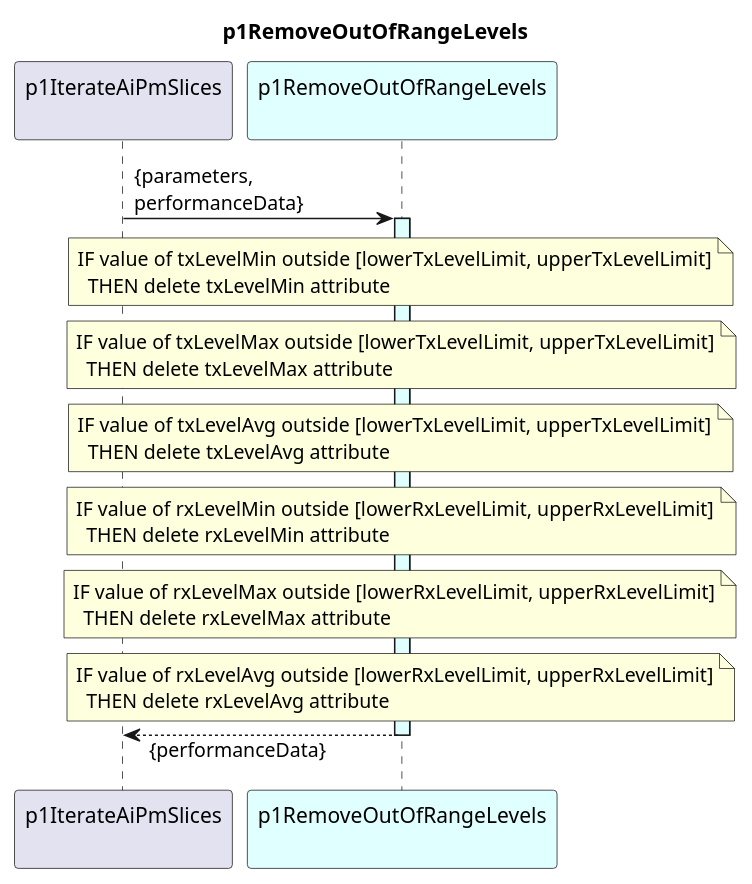
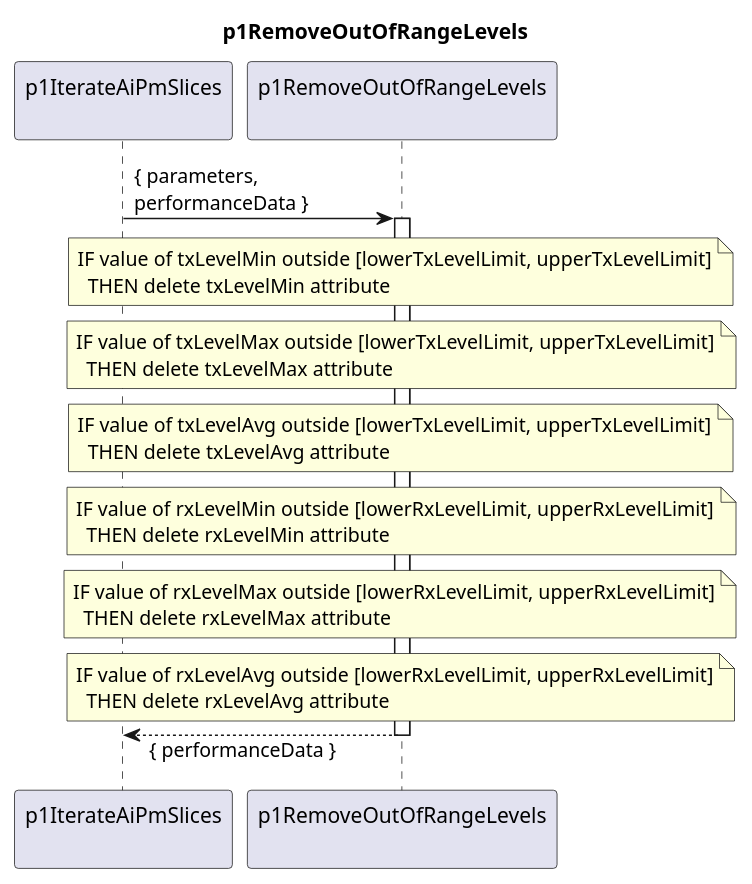
Before and after one commit to openBackhaul/DevicePerformanceManagementDataProcessor: the diagram in spec/Functions/p1StreamPmData/p1ProcessDevice/p1CreateResultCc/p1IterateAiPmSlices/p1RemoveOutOfRangeLevels/1.0.0/p1RemoveOutOfRangeLevels.plantuml, drawn with PlantUML. The commit also changed 9 other files, not shown here.

Commit message:
Recollor p1IterateAiPmSlices and sub diagrams

```diff
--- a/spec/Functions/p1StreamPmData/p1ProcessDevice/p1CreateResultCc/p1IterateAiPmSlices/p1RemoveOutOfRangeLevels/1.0.0/p1RemoveOutOfRangeLevels.plantuml
+++ b/spec/Functions/p1StreamPmData/p1ProcessDevice/p1CreateResultCc/p1IterateAiPmSlices/p1RemoveOutOfRangeLevels/1.0.0/p1RemoveOutOfRangeLevels.plantuml
@@ -1,48 +1,48 @@
 @startuml p1RemoveOutOfRangeLevels
 skinparam responseMessageBelowArrow true
 
 title
   p1RemoveOutOfRangeLevels
 end title
 
 participant "p1IterateAiPmSlices\n" as requestor
-participant "p1RemoveOutOfRangeLevels\n" as removeLevels #LightCyan
+participant "p1RemoveOutOfRangeLevels\n" as removeLevels
 
 
-  requestor -> removeLevels : {parameters,\nperformanceData}
-  activate removeLevels #LightCyan
+  requestor -> removeLevels : { parameters,\nperformanceData }
+  activate removeLevels
 
     note over removeLevels
       IF value of txLevelMin outside [lowerTxLevelLimit, upperTxLevelLimit]
         THEN delete txLevelMin attribute
     end note
 
     note over removeLevels
       IF value of txLevelMax outside [lowerTxLevelLimit, upperTxLevelLimit]
         THEN delete txLevelMax attribute
     end note
 
     note over removeLevels
       IF value of txLevelAvg outside [lowerTxLevelLimit, upperTxLevelLimit]
         THEN delete txLevelAvg attribute
     end note
 
     note over removeLevels
       IF value of rxLevelMin outside [lowerRxLevelLimit, upperRxLevelLimit]
         THEN delete rxLevelMin attribute
     end note
 
     note over removeLevels
       IF value of rxLevelMax outside [lowerRxLevelLimit, upperRxLevelLimit]
         THEN delete rxLevelMax attribute
     end note
 
     note over removeLevels
       IF value of rxLevelAvg outside [lowerRxLevelLimit, upperRxLevelLimit]
         THEN delete rxLevelAvg attribute
     end note
 
-  requestor <-- removeLevels: {performanceData}
+  requestor <-- removeLevels: { performanceData }
   deactivate removeLevels
 
 @enduml
```
